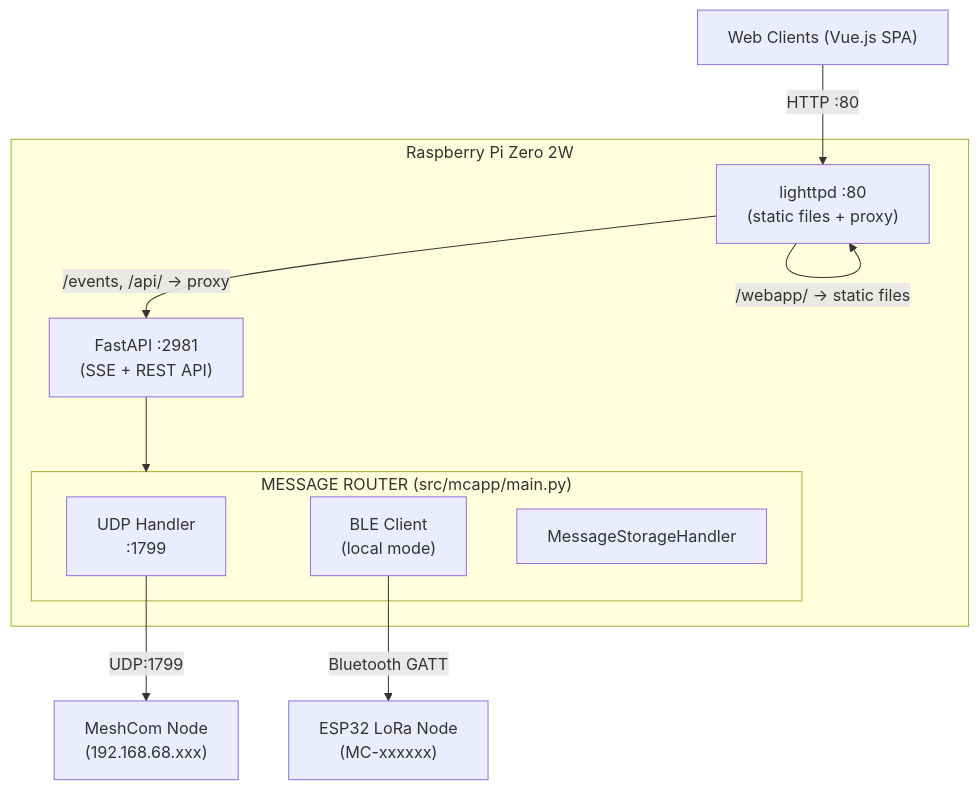
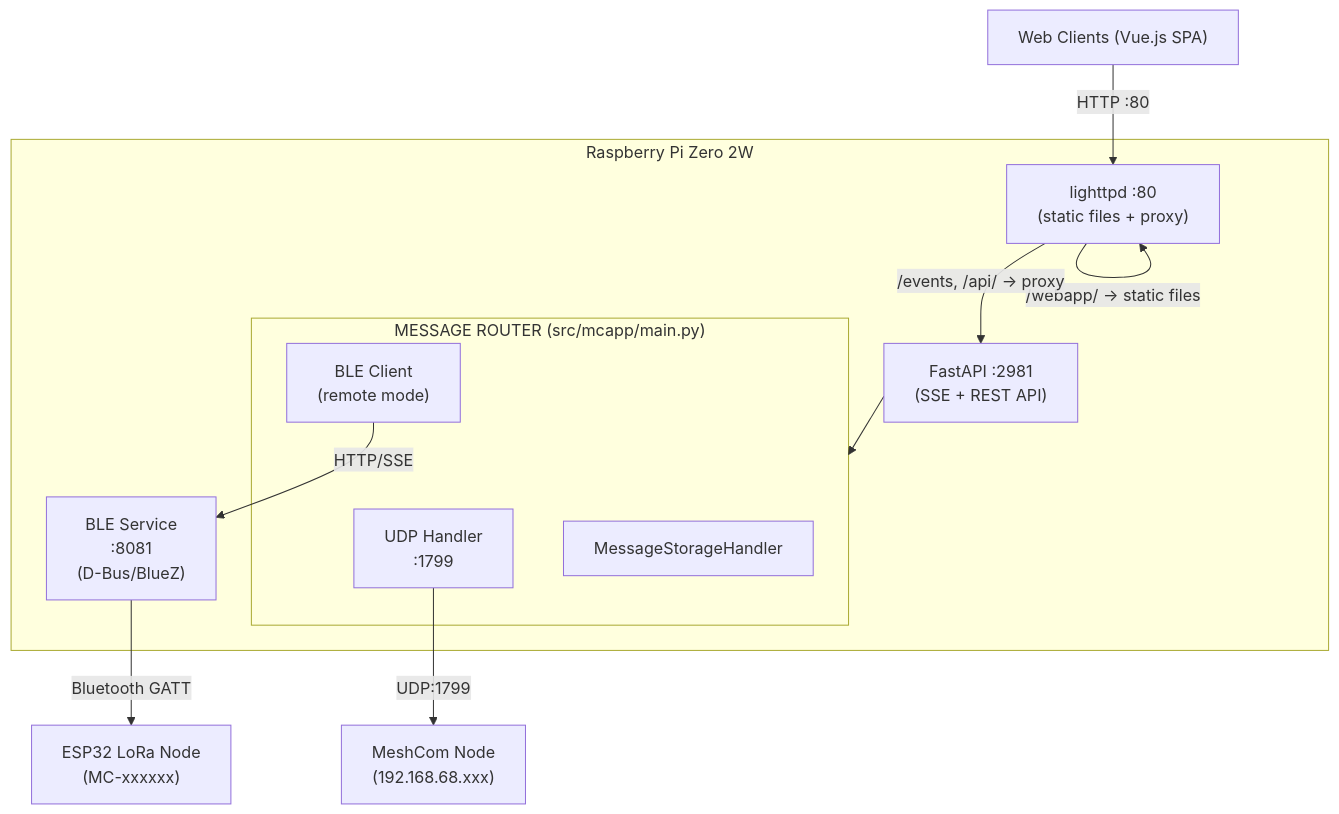
Before and after one commit to DK5EN/McApp: the first of 3 diagrams in CLAUDE.md, drawn with Mermaid. The commit also changed other lines of this file and 3 other files, not shown here.

First line of the commit message:
[docs] Remove local BLE mode from documentation

````diff
--- a/CLAUDE.md
+++ b/CLAUDE.md
@@ -12,24 +12,26 @@
 ```mermaid
 flowchart TD
     WC["Web Clients (Vue.js SPA)"]
 
     WC -- "HTTP :80" --> LH
 
     subgraph Pi["Raspberry Pi Zero 2W"]
         LH["lighttpd :80<br/>(static files + proxy)"]
         FA["FastAPI :2981<br/>(SSE + REST API)"]
+        BLES["BLE Service<br/>:8081<br/>(D-Bus/BlueZ)"]
 
         subgraph MR["MESSAGE ROUTER (src/mcapp/main.py)"]
             UDP["UDP Handler<br/>:1799"]
-            BLE["BLE Client<br/>(local mode)"]
+            BLE["BLE Client<br/>(remote mode)"]
             MSH["MessageStorageHandler"]
         end
 
         LH -- "/webapp/ → static files" --> LH
         LH -- "/events, /api/ → proxy" --> FA
         FA --> MR
+        BLE -- "HTTP/SSE" --> BLES
     end
 
     UDP -- "UDP:1799" --> MCN["MeshCom Node<br/>(192.168.68.xxx)"]
-    BLE -- "Bluetooth GATT" --> ESP["ESP32 LoRa Node<br/>(MC-xxxxxx)"]
+    BLES -- "Bluetooth GATT" --> ESP["ESP32 LoRa Node<br/>(MC-xxxxxx)"]
 ```
````
